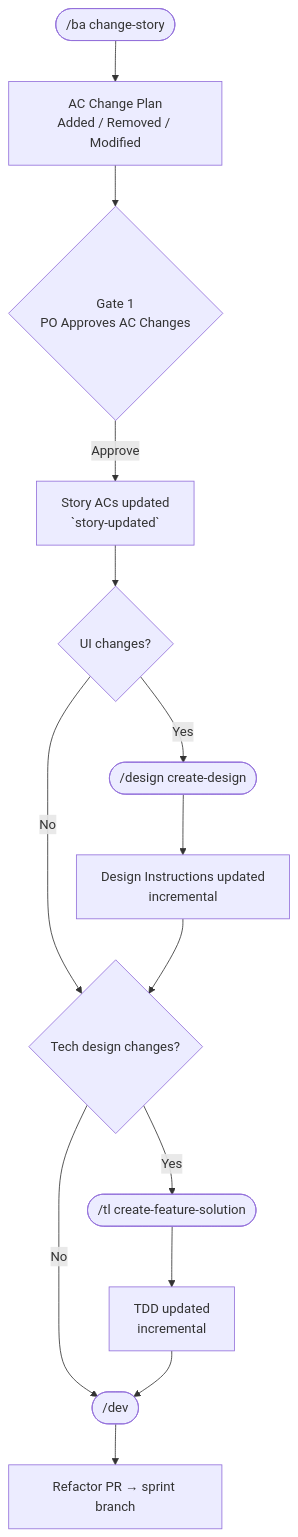
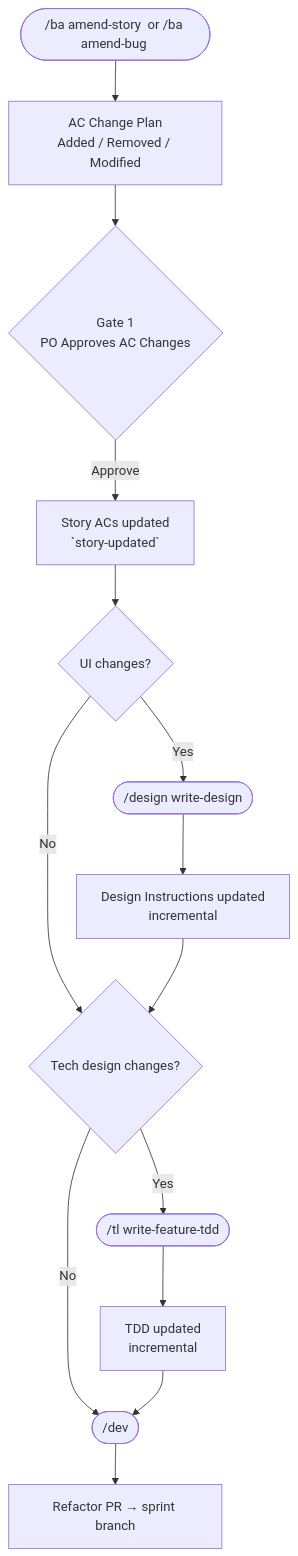
One commit to simpscal/notism changed the fourth of 4 diagrams in README.md. Above: the diagram before and after it, drawn with Mermaid. The commit also changed other lines of this file and 15 other files, not shown here.

````diff
--- a/README.md
+++ b/README.md
@@ -103,16 +103,16 @@
 ```mermaid
 flowchart TD
-    A(["/ba change-story <N>"]) --> B["AC Change Plan<br/>Added / Removed / Modified"]
+    A(["/ba amend-story <N> or /ba amend-bug <N>"]) --> B["AC Change Plan<br/>Added / Removed / Modified"]
     B --> G1{Gate 1<br/>PO Approves AC Changes}
     G1 -->|Approve| C["Story ACs updated<br/>`story-updated`"]
     C --> D{UI changes?}
-    D -->|Yes| E(["/design create-design <sprint>"])
+    D -->|Yes| E(["/design write-design <sprint>"])
     D -->|No| F{Tech design changes?}
     E --> E2["Design Instructions updated<br/>incremental"]
     E2 --> F
-    F -->|Yes| G(["/tl create-feature-solution <sprint>"])
+    F -->|Yes| G(["/tl write-feature-tdd <sprint>"])
     F -->|No| H(["/dev <N>"])
     G --> G2["TDD updated<br/>incremental"]
     G2 --> H
     H --> I["Refactor PR → sprint branch"]
 ```
````
